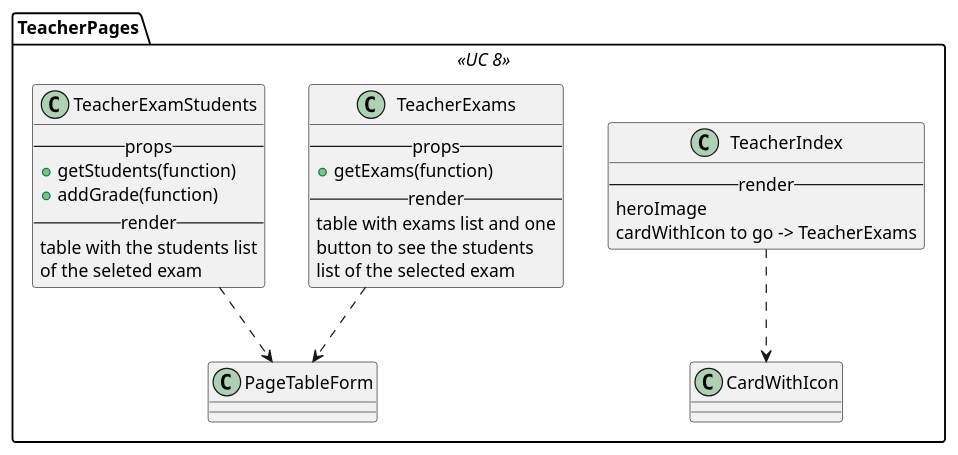
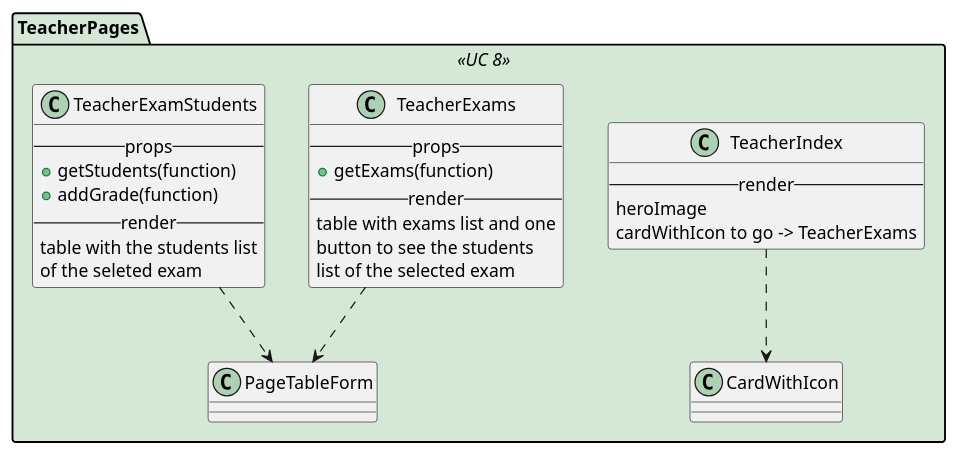
One commit to M9k/Marvin-Uml changed the diagram in react/teacher/index.iuml. Above: the diagram before and after it, drawn with PlantUML. The commit also changed other lines of this file and 4 other files, not shown here.

```diff
--- a/react/teacher/index.iuml
+++ b/react/teacher/index.iuml
@@ -1,30 +1,34 @@
-package TeacherPages <<UC 8>> {
+skinparam package<<UC 8>> {
+    backgroundColor #d4e8d5
+}
+
+package TeacherPages <<UC 8>>{
 
 class TeacherIndex {
     --render--
         heroImage
         cardWithIcon to go -> TeacherExams
 }
 TeacherIndex ..> CardWithIcon
 
 class TeacherExams {
     --props--
         + getExams(function)
     --render--
     table with exams list and one
     button to see the students
     list of the selected exam
 }
 TeacherExams ..> PageTableForm
 
 class TeacherExamStudents {
     --props--
         + getStudents(function)
         + addGrade(function)
     --render--
     table with the students list
     of the seleted exam
 }
 TeacherExamStudents ..> PageTableForm
 
 }
```
